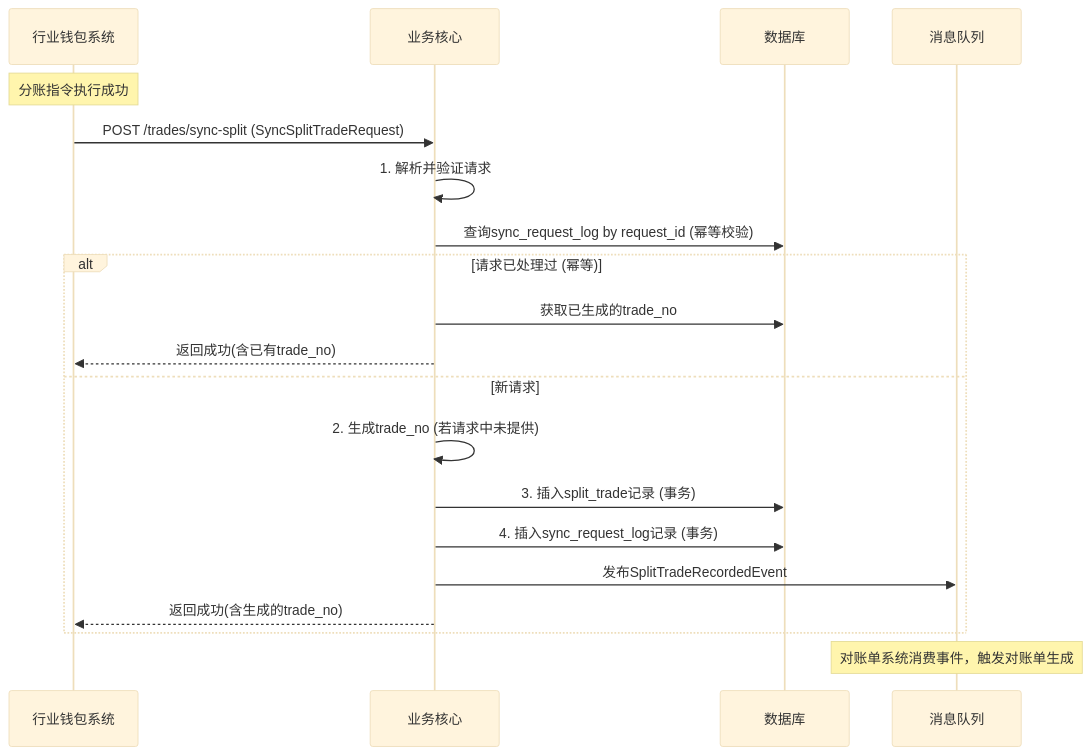
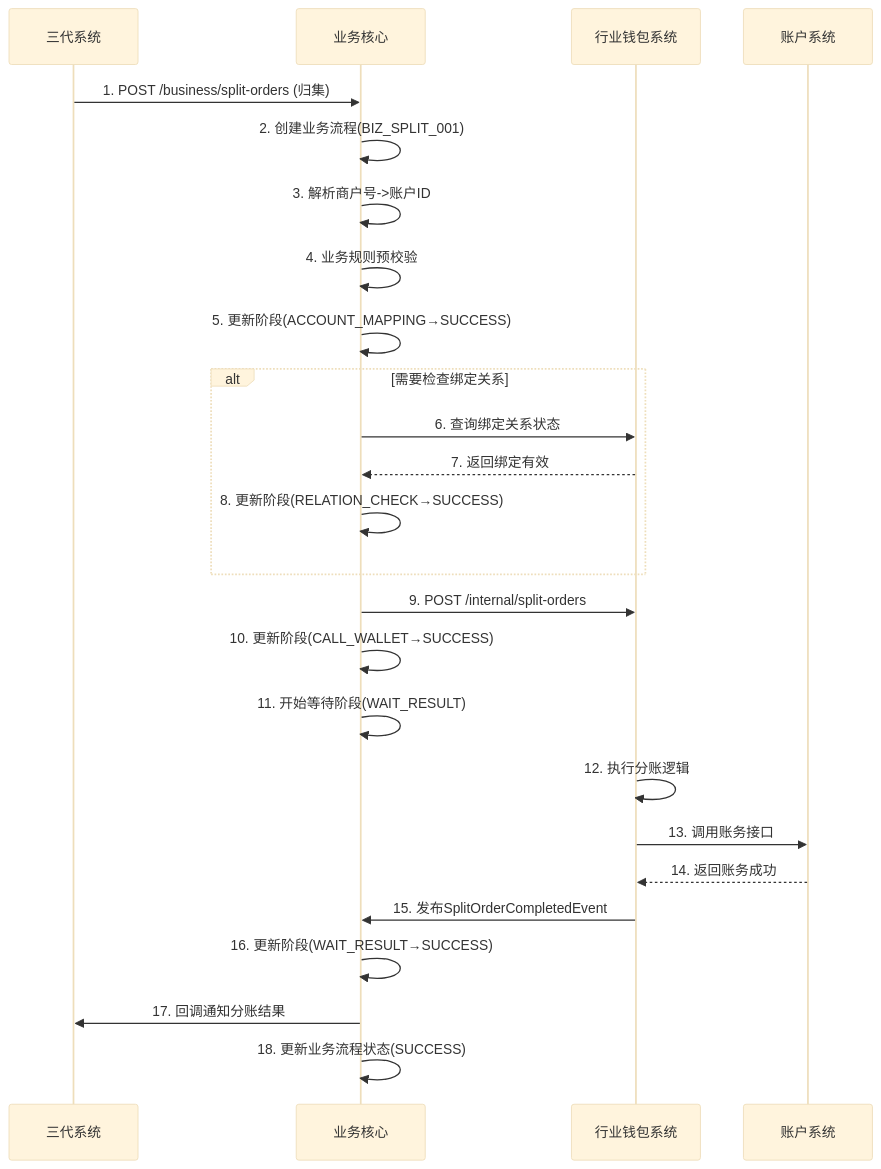
Before and after one commit to youzi211/AiCoding: the second of 2 diagrams in data/天财分账需求/gpt-5.2/workspace/02_modules/module_业务核心.md, drawn with Mermaid (base theme). The commit also changed other lines of this file and 93 other files, not shown here.

````diff
--- a/data/天财分账需求/gpt-5.2/workspace/02_modules/module_业务核心.md
+++ b/data/天财分账需求/gpt-5.2/workspace/02_modules/module_业务核心.md
@@ -256,23 +684,32 @@
 ```mermaid
 sequenceDiagram
-    participant W as 行业钱包系统
-    participant BC as 业务核心
-    participant DB as 数据库
-    participant MQ as 消息队列
+    participant G3 as 三代系统
+    participant 业务核心 as 业务核心
+    participant 钱包 as 行业钱包系统
+    participant 账户 as 账户系统
 
-    Note over W: 分账指令执行成功
-    W->>BC: POST /trades/sync-split (SyncSplitTradeRequest)
-    BC->>BC: 1. 解析并验证请求
-    BC->>DB: 查询sync_request_log by request_id (幂等校验)
-    alt 请求已处理过 (幂等)
-        BC->>DB: 获取已生成的trade_no
-        BC-->>W: 返回成功(含已有trade_no)
-    else 新请求
-        BC->>BC: 2. 生成trade_no (若请求中未提供)
-        BC->>DB: 3. 插入split_trade记录 (事务)
-        BC->>DB: 4. 插入sync_request_log记录 (事务)
-        BC->>MQ: 发布SplitTradeRecordedEvent
-        BC-->>W: 返回成功(含生成的trade_no)
+    G3->>业务核心: 1. POST /business/split-orders (归集)
+    业务核心->>业务核心: 2. 创建业务流程(BIZ_SPLIT_001)
+    业务核心->>业务核心: 3. 解析商户号->账户ID
+    业务核心->>业务核心: 4. 业务规则预校验
+    业务核心->>业务核心: 5. 更新阶段(ACCOUNT_MAPPING→SUCCESS)
+    
+    alt 需要检查绑定关系
+        业务核心->>钱包: 6. 查询绑定关系状态
+        钱包-->>业务核心: 7. 返回绑定有效
+        业务核心->>业务核心: 8. 更新阶段(RELATION_CHECK→SUCCESS)
     end
-    Note over MQ: 对账单系统消费事件，触发对账单生成
+    
+    业务核心->>钱包: 9. POST /internal/split-orders
+    业务核心->>业务核心: 10. 更新阶段(CALL_WALLET→SUCCESS)
+    业务核心->>业务核心: 11. 开始等待阶段(WAIT_RESULT)
+    
+    钱包->>钱包: 12. 执行分账逻辑
+    钱包->>账户: 13. 调用账务接口
+    账户-->>钱包: 14. 返回账务成功
+    钱包->>业务核心: 15. 发布SplitOrderCompletedEvent
+    
+    业务核心->>业务核心: 16. 更新阶段(WAIT_RESULT→SUCCESS)
+    业务核心->>G3: 17. 回调通知分账结果
+    业务核心->>业务核心: 18. 更新业务流程状态(SUCCESS)
 ```
````
